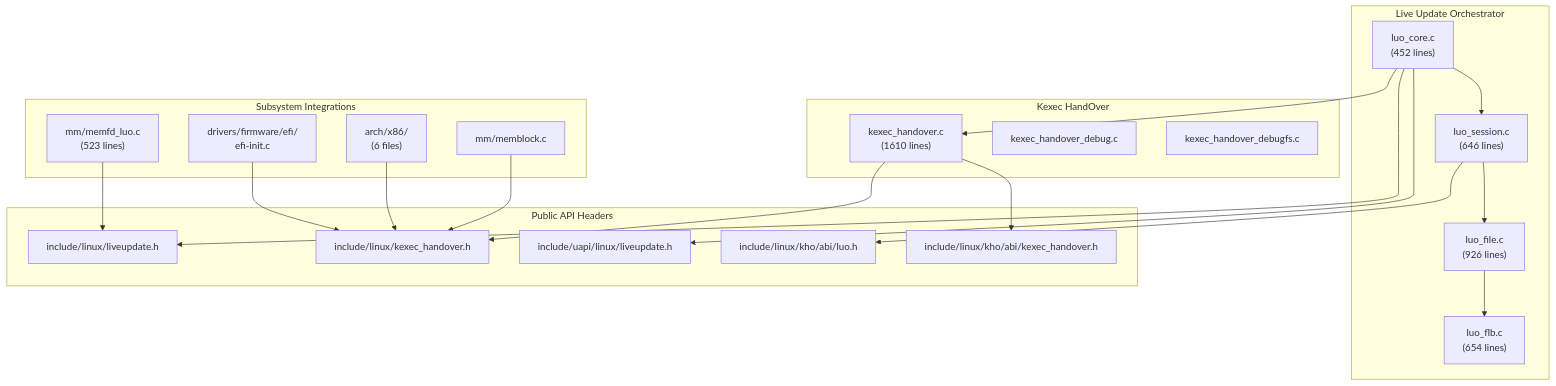
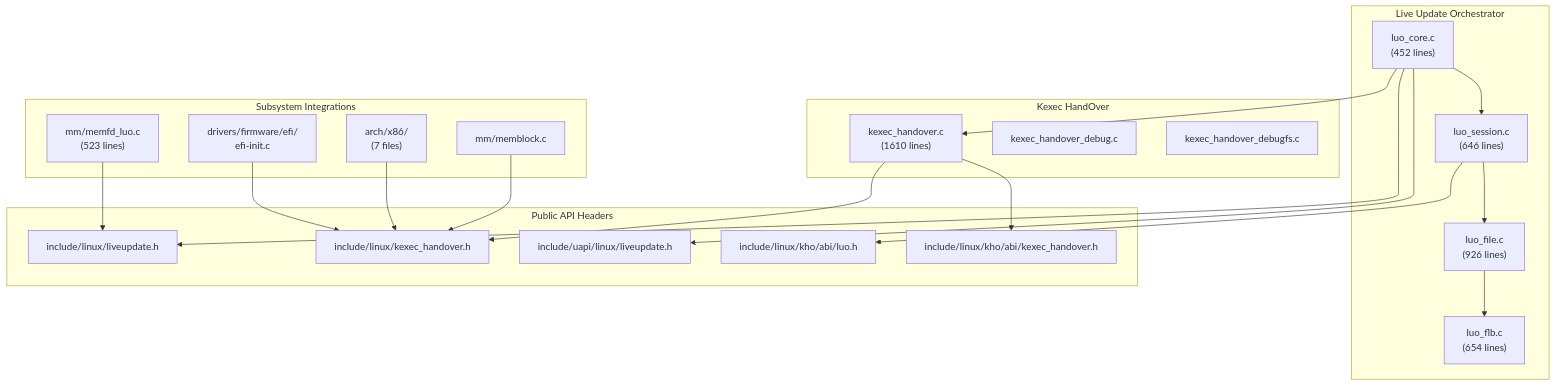
Before and after one commit to Blitzy-Sandbox/blitzy-linux: the first of 4 diagrams in Documentation/liveupdate/archaeology.md, drawn with Mermaid. The commit also changed other lines of this file and 1 other file, not shown here.

````diff
--- a/Documentation/liveupdate/archaeology.md
+++ b/Documentation/liveupdate/archaeology.md
@@ -87,40 +87,40 @@
 ```mermaid
 graph TD
     subgraph LUO["Live Update Orchestrator"]
         LUO_CORE["luo_core.c<br/>(452 lines)"]
         LUO_SESSION["luo_session.c<br/>(646 lines)"]
         LUO_FILE["luo_file.c<br/>(926 lines)"]
         LUO_FLB["luo_flb.c<br/>(654 lines)"]
     end
     subgraph KHO["Kexec HandOver"]
         KHO_CORE["kexec_handover.c<br/>(1610 lines)"]
         KHO_DEBUG["kexec_handover_debug.c"]
         KHO_DEBUGFS["kexec_handover_debugfs.c"]
     end
     subgraph Headers["Public API Headers"]
         LU_H["include/linux/liveupdate.h"]
         KHO_H["include/linux/kexec_handover.h"]
         UAPI_H["include/uapi/linux/liveupdate.h"]
         ABI_LUO["include/linux/kho/abi/luo.h"]
         ABI_KHO["include/linux/kho/abi/kexec_handover.h"]
     end
     subgraph Integrations["Subsystem Integrations"]
         MEMFD["mm/memfd_luo.c<br/>(523 lines)"]
         MEMBLOCK["mm/memblock.c"]
-        X86["arch/x86/<br/>(6 files)"]
+        X86["arch/x86/<br/>(7 files)"]
         EFI["drivers/firmware/efi/<br/>efi-init.c"]
     end
     LUO_CORE --> LUO_SESSION
     LUO_CORE --> KHO_CORE
     LUO_SESSION --> LUO_FILE
     LUO_FILE --> LUO_FLB
     LUO_CORE --> LU_H
     LUO_CORE --> UAPI_H
     KHO_CORE --> KHO_H
     KHO_CORE --> ABI_KHO
     LUO_SESSION --> ABI_LUO
     MEMFD --> LU_H
     MEMBLOCK --> KHO_H
     X86 --> KHO_H
     EFI --> KHO_H
 ```
````
